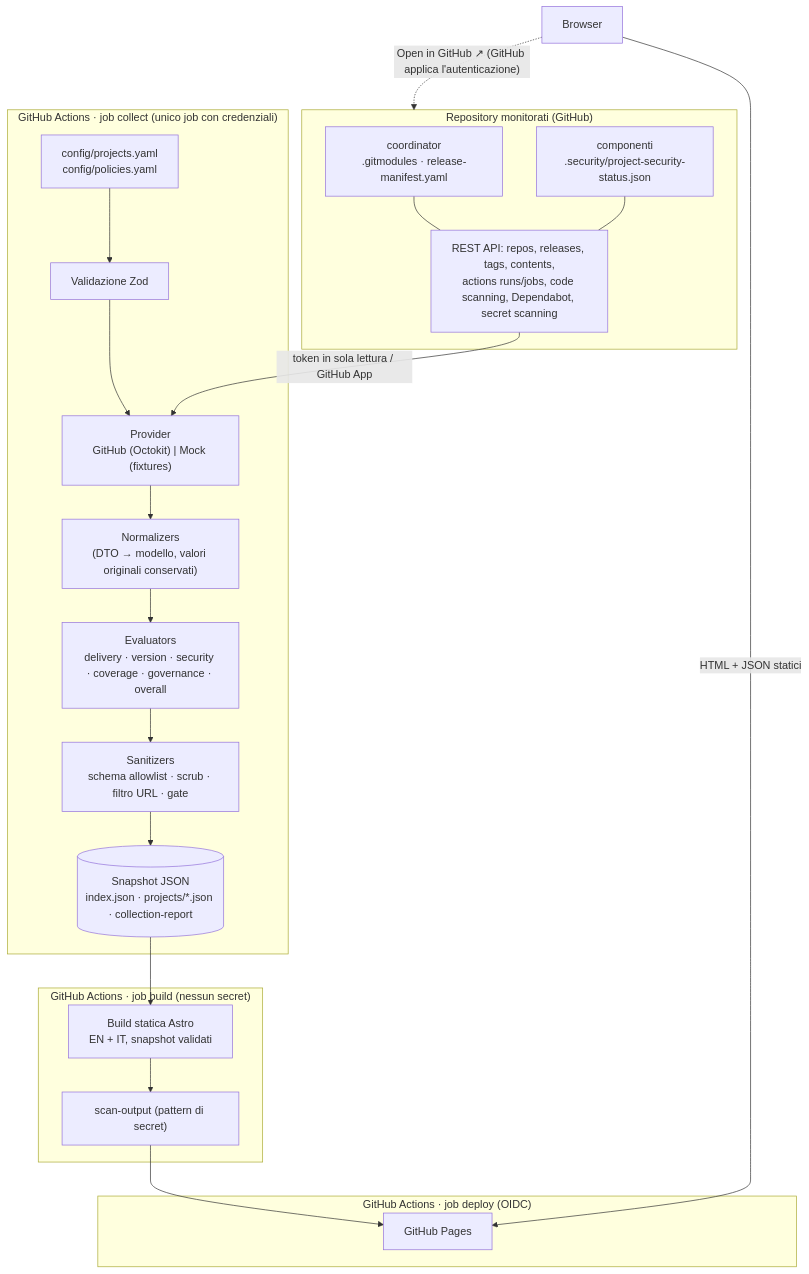
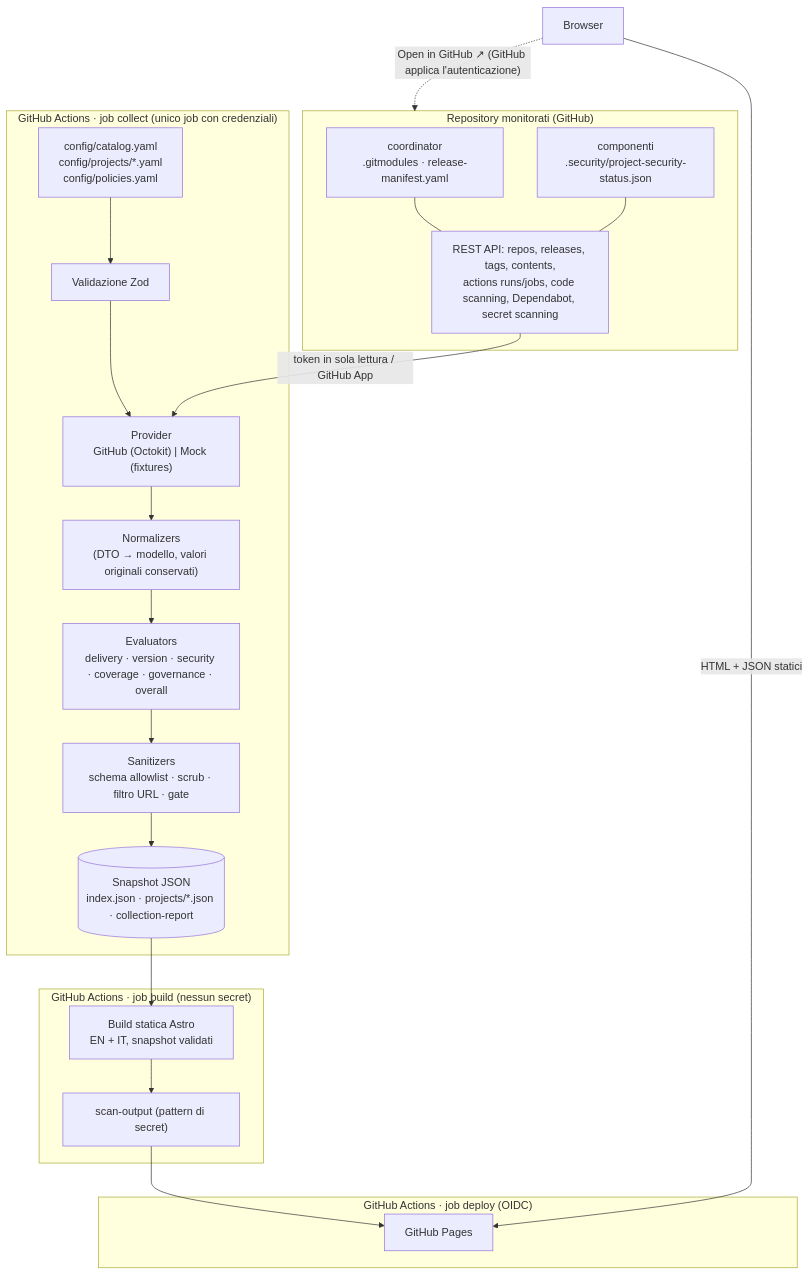
The diagram in docs/it/architecture.md (massimilianolapuma/engineering-project-hub), drawn with Mermaid before and after one commit. The commit also changed other lines of this file and 65 other files, not shown here.

````diff
--- a/docs/it/architecture.md
+++ b/docs/it/architecture.md
@@ -20,32 +20,32 @@
 ```mermaid
 flowchart TB
   subgraph Sources["Repository monitorati (GitHub)"]
     COORD["coordinator<br/>.gitmodules · release-manifest.yaml"]
     COMP["componenti<br/>.security/project-security-status.json"]
     API["REST API: repos, releases, tags, contents,<br/>actions runs/jobs, code scanning, Dependabot, secret scanning"]
     COORD --- API
     COMP --- API
   end
 
   subgraph Collect["GitHub Actions · job collect (unico job con credenziali)"]
-    CFG["config/projects.yaml<br/>config/policies.yaml"] --> VAL["Validazione Zod"]
+    CFG["config/catalog.yaml<br/>config/projects/*.yaml<br/>config/policies.yaml"] --> VAL["Validazione Zod"]
     VAL --> PROV["Provider<br/>GitHub (Octokit) | Mock (fixtures)"]
     PROV --> NORM["Normalizers<br/>(DTO → modello, valori originali conservati)"]
     NORM --> EVAL["Evaluators<br/>delivery · version · security · coverage · governance · overall"]
     EVAL --> SAN["Sanitizers<br/>schema allowlist · scrub · filtro URL · gate"]
     SAN --> SNAP[("Snapshot JSON<br/>index.json · projects/*.json · collection-report")]
   end
 
   subgraph Build["GitHub Actions · job build (nessun secret)"]
     SNAP --> ASTRO["Build statica Astro<br/>EN + IT, snapshot validati"]
     ASTRO --> SCAN["scan-output (pattern di secret)"]
   end
 
   subgraph Publish["GitHub Actions · job deploy (OIDC)"]
     SCAN --> PAGES["GitHub Pages"]
   end
 
   API -- token in sola lettura / GitHub App --> PROV
   USER["Browser"] -- HTML + JSON statici --> PAGES
   USER -. "Open in GitHub ↗ (GitHub applica l'autenticazione)" .-> Sources
 ```
````
